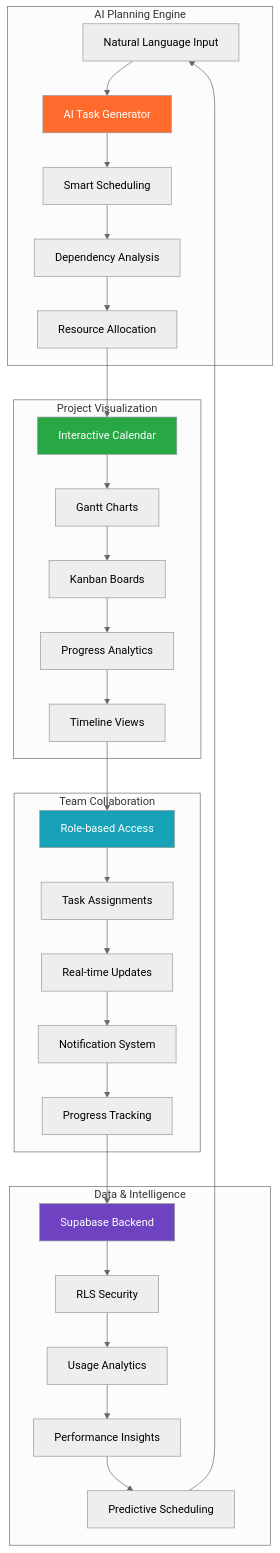
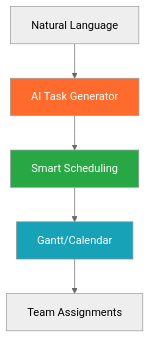
One commit to Kedhareswer/thesisflow-ai changed the fourth of 6 diagrams in README.md. Above: the diagram before and after it, drawn with Mermaid (neutral theme). The commit also changed other lines of this file and 4 other files, not shown here.

````diff
--- a/README.md
+++ b/README.md
@@ -272,40 +420,11 @@
 ```mermaid
-flowchart TB
-    subgraph "AI Planning Engine"
-        A[Natural Language Input] --> B[AI Task Generator]
-        B --> C[Smart Scheduling]
-        C --> D[Dependency Analysis]
-        D --> E[Resource Allocation]
-    end
-    
-    subgraph "Project Visualization"
-        F[Interactive Calendar] --> G[Gantt Charts]
-        G --> H[Kanban Boards]
-        H --> I[Progress Analytics]
-        I --> J[Timeline Views]
-    end
-    
-    subgraph "Team Collaboration"
-        K[Role-based Access] --> L[Task Assignments]
-        L --> M[Real-time Updates]
-        M --> N[Notification System]
-        N --> O[Progress Tracking]
-    end
-    
-    subgraph "Data & Intelligence"
-        P[Supabase Backend] --> Q[RLS Security]
-        Q --> R[Usage Analytics]
-        R --> S[Performance Insights]
-        S --> T[Predictive Scheduling]
-    end
-    
-    E --> F
-    J --> K
-    O --> P
-    T --> A
+graph TB
+    A[Natural Language] --> B[AI Task Generator]
+    B --> C[Smart Scheduling]
+    C --> D[Gantt/Calendar]
+    D --> E[Team Assignments]
     
     style B fill:#FF6B2C,color:#fff
-    style F fill:#28a745,color:#fff
-    style K fill:#17a2b8,color:#fff
-    style P fill:#6f42c1,color:#fff
+    style C fill:#28a745,color:#fff
+    style D fill:#17a2b8,color:#fff
 ```
````
